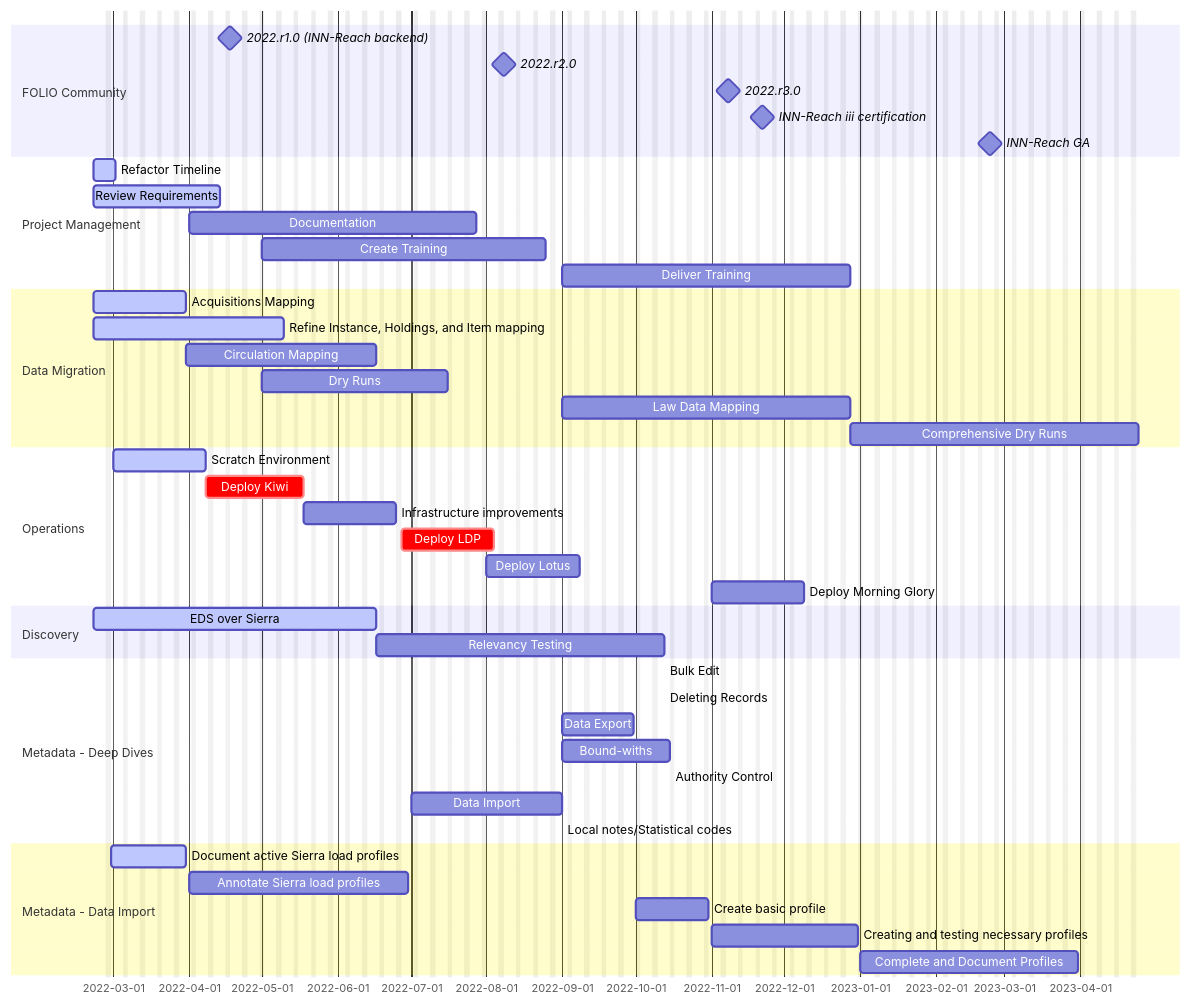
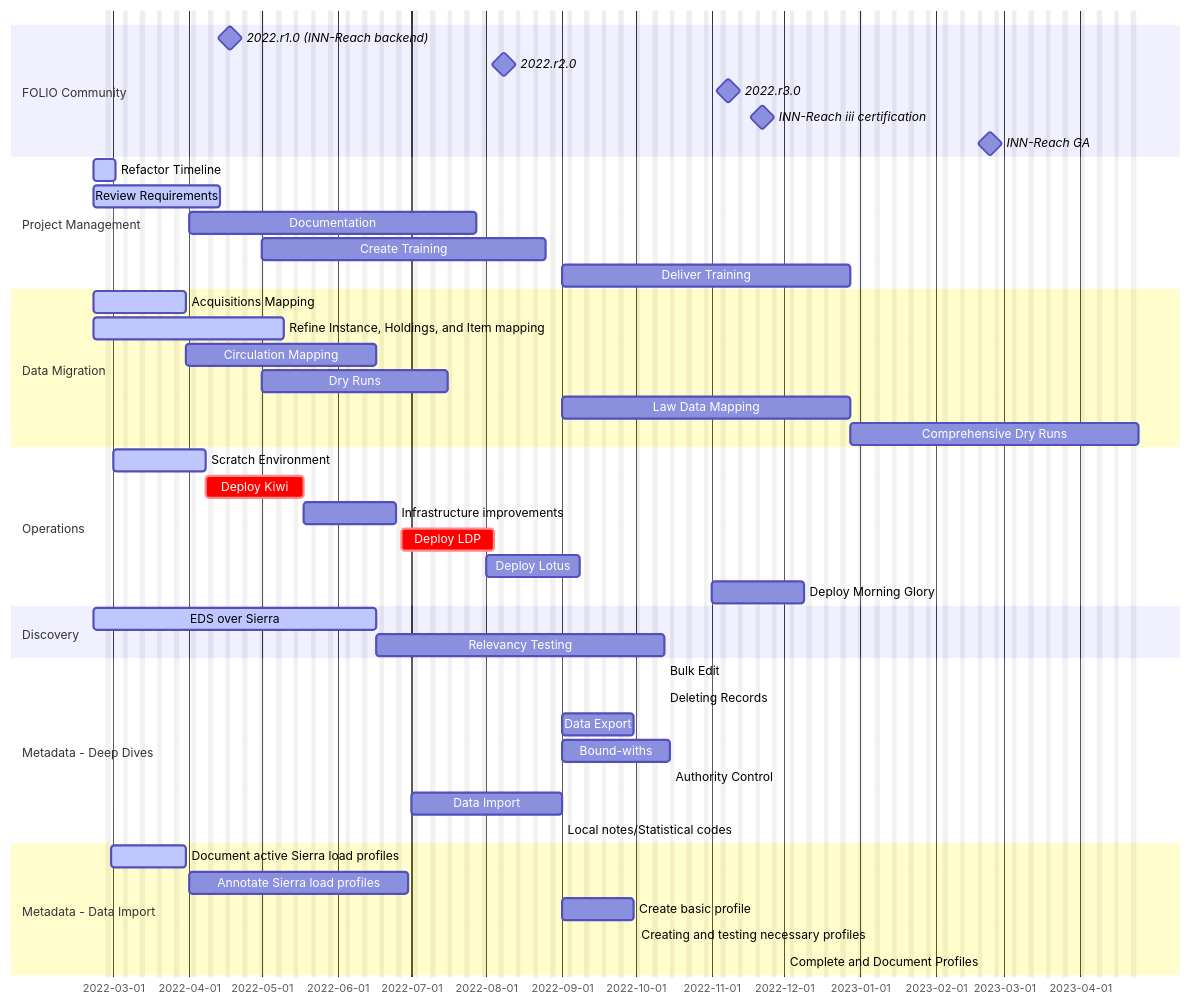
One commit to culibraries/folio changed the diagram in docs/admin/project-management.md. Above: the diagram before and after it, drawn with Mermaid.

Commit message:
Move Data import milestone closer.

````diff
--- a/docs/admin/project-management.md
+++ b/docs/admin/project-management.md
@@ -11,58 +11,58 @@
 ```{mermaid}
   gantt
       dateFormat  YYYY-MM-DD
       excludes  weekends
       axisFormat %Y-%m-%d
 
       section FOLIO Community
       2022.r1.0 (INN-Reach backend) :milestone, 2022-04-18, 0d
       2022.r2.0 :milestone, 2022-08-08, 0d
       2022.r3.0 :milestone, 2022-11-08, 0d
       INN-Reach iii certification :milestone, 2022-11-22, 0d
       INN-Reach GA :milestone, 2023-02-23, 0d
 
       section Project Management
       Refactor Timeline     :active, 2022-02-21, 1w
       Review Requirements   :active, 2022-02-21, 38d
       Documentation :2022-04-01, 12w
       Create Training :2022-05-01, 12w
       Deliver Training :2022-09-01, 12w
 
       section Data Migration
       Acquisitions Mapping :active, dm1, 2022-02-21, 4w
       Refine Instance, Holdings, and Item mapping :active, 2022-02-21, 8w
       Circulation Mapping:dm3, after dm1, 8w
       Dry Runs :2022-05-01, 8w
       Law Data Mapping      :d4, 2022-09-01  , 12w
       Comprehensive Dry Runs      :d5, after d4, 12w
 
       section Operations
       Scratch Environment :active, o1, 2022-03-01, 4w
       Deploy Kiwi :crit, o2, after o1,  4w
       Infrastructure improvements :o3, after o2, 4w
       Deploy LDP :crit, o4, after o3, 4w
       Deploy Lotus :o5, 2022-08-01, 4w
       Deploy Morning Glory :o6, 2022-11-01, 4w
 
       section Discovery
       EDS over Sierra   :active, d1, 2022-02-21, 12w
       Relevancy Testing  :12w
 
 
       section Metadata - Deep Dives
       Bulk Edit: 
       Deleting Records: 
       Data Export: 2022-09-01,2022-09-30
       Bound-withs: 2022-09-01,2022-10-15
       Authority Control: 
       Data Import: 2022-07-01,2022-09-01
       Local notes/Statistical codes: 
 
       section Metadata - Data Import
       Document active Sierra load profiles :active, 2022-02-28,2022-03-31
       Annotate Sierra load profiles :2022-04-01,2022-06-30
-      Create basic profile :2022-10-01,2022-10-31
-      Creating and testing necessary profiles :2022-11-01,2022-12-31
-      Complete and Document Profiles :2023-01-01,2023-03-31
+      Create basic profile :2022-09-01,2022-09-30
+      Creating and testing necessary profiles :2022-10-01,2022-11-31
+      Complete and Document Profiles :2022-12-01,2023-02-31
 
 ```
````
